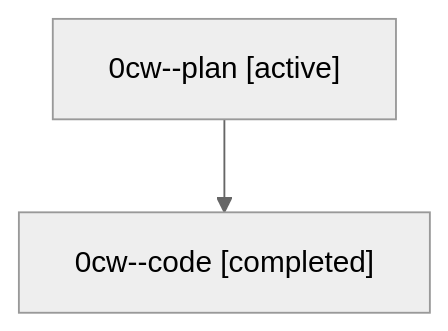
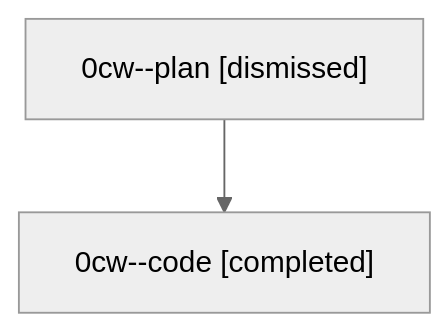
One commit to sase-org/sase--agents changed the diagram in sessions/bbugyi200.athena.0cw.md. Above: the diagram before and after it, drawn with Mermaid (neutral theme). The commit also changed other lines of this file and 33 other files, not shown here.

````diff
--- a/sessions/bbugyi200.athena.0cw.md
+++ b/sessions/bbugyi200.athena.0cw.md
@@ -9,6 +9,6 @@
 ```mermaid
 flowchart TD
-  n0["0cw--plan [active]"]
+  n0["0cw--plan [dismissed]"]
   n1["0cw--code [completed]"]
   n0 --> n1
 ```
````
